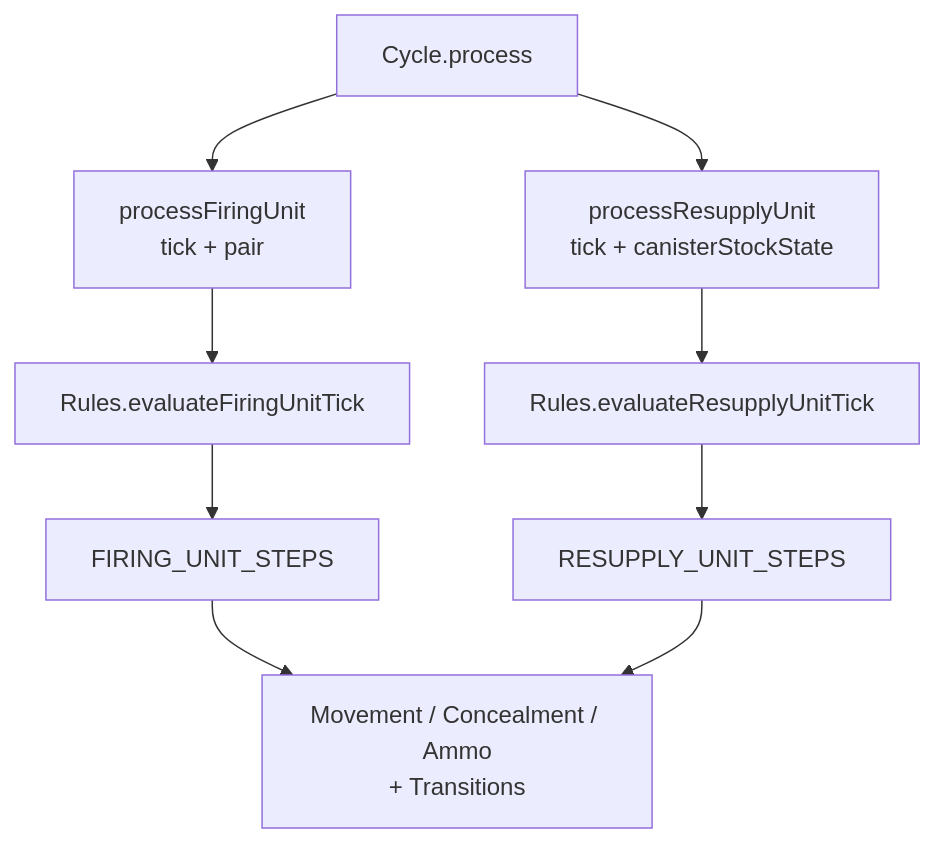
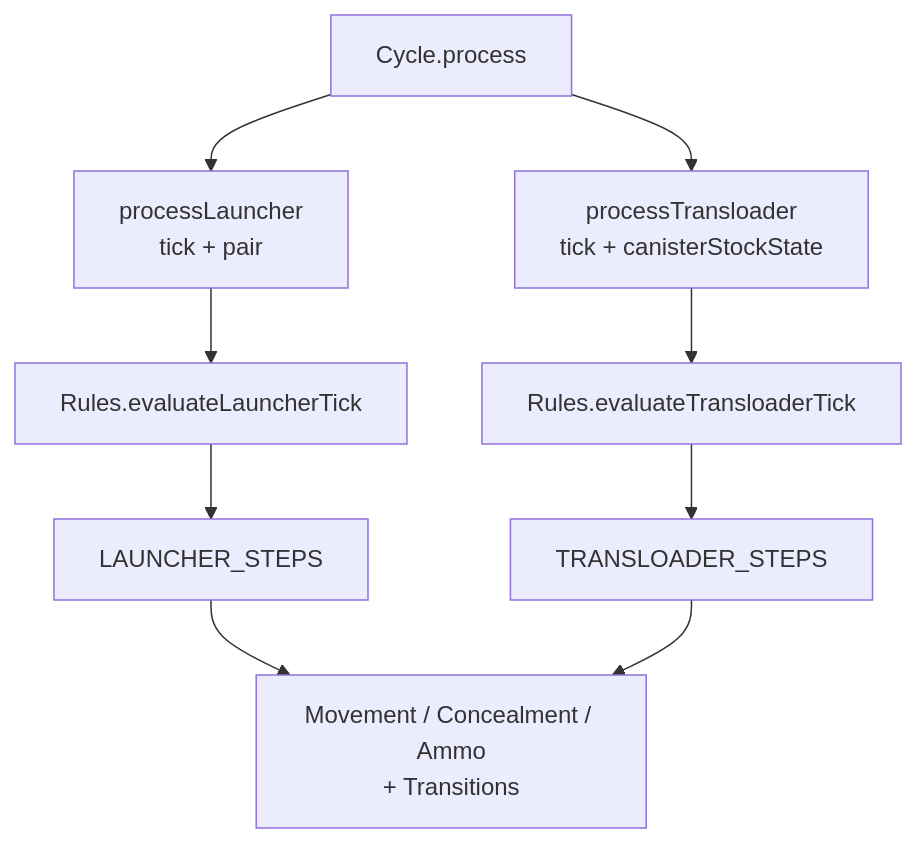
One commit to pullupjumper/formosa-in-flames changed the diagram in docs/missileSystem/cycle.md. Above: the diagram before and after it, drawn with Mermaid. The commit also changed other lines of this file and 67 other files, not shown here.

First line of the commit message:
refactor(missileSystem): rename firing unit to launcher and resupply unit to transloader

````diff
--- a/docs/missileSystem/cycle.md
+++ b/docs/missileSystem/cycle.md
@@ -32,11 +32,11 @@
 ```mermaid
 flowchart TD
-    A[Cycle.process] --> B1[processFiringUnit<br/>tick + pair]
-    A --> C1[processResupplyUnit<br/>tick + canisterStockState]
-    B1 --> R1[Rules.evaluateFiringUnitTick]
-    C1 --> R2[Rules.evaluateResupplyUnitTick]
-    R1 --> S1[FIRING_UNIT_STEPS]
-    R2 --> S2[RESUPPLY_UNIT_STEPS]
+    A[Cycle.process] --> B1[processLauncher<br/>tick + pair]
+    A --> C1[processTransloader<br/>tick + canisterStockState]
+    B1 --> R1[Rules.evaluateLauncherTick]
+    C1 --> R2[Rules.evaluateTransloaderTick]
+    R1 --> S1[LAUNCHER_STEPS]
+    R2 --> S2[TRANSLOADER_STEPS]
     S1 --> X[Movement / Concealment / Ammo<br/>+ Transitions]
     S2 --> X
 ```
````
